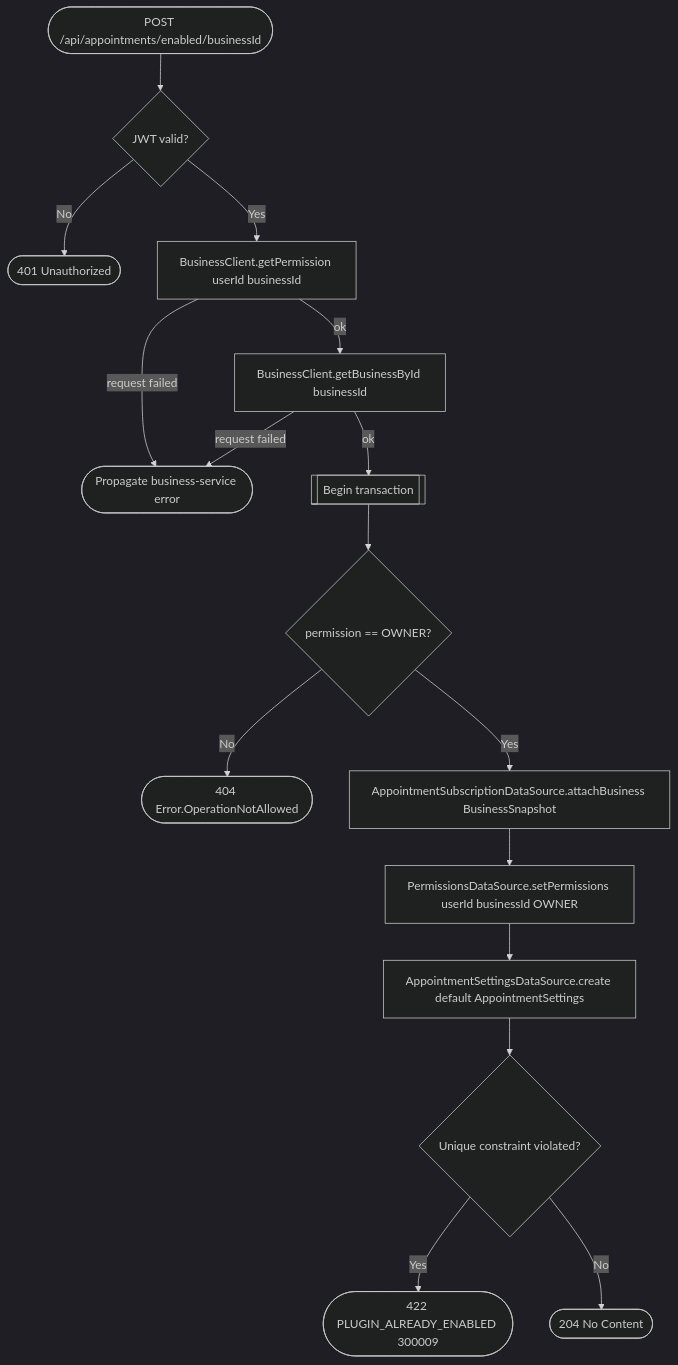
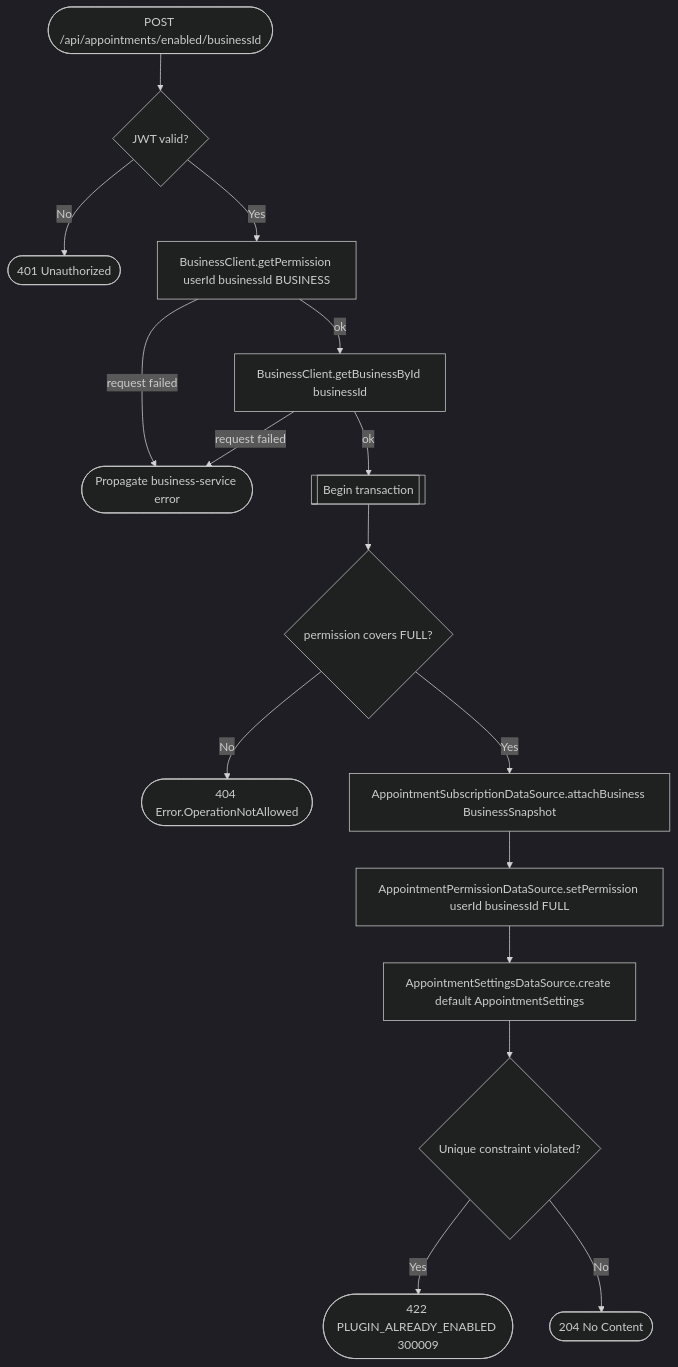
Before and after one commit to an22/bookk.me-backend: the diagram in docs/operations/appointments/enable-appointments-for-business.md, drawn with Mermaid (dark theme). The commit also changed other lines of this file and 157 other files, not shown here.

````diff
--- a/docs/operations/appointments/enable-appointments-for-business.md
+++ b/docs/operations/appointments/enable-appointments-for-business.md
@@ -12,18 +13,18 @@
 ```mermaid
 flowchart TD
     Start([POST /api/appointments/enabled/businessId]) --> Auth{JWT valid?}
     Auth -- No --> R401([401 Unauthorized])
-    Auth -- Yes --> GetPerm[BusinessClient.getPermission userId businessId]
+    Auth -- Yes --> GetPerm[BusinessClient.getPermission userId businessId BUSINESS]
     GetPerm -- request failed --> RErr([Propagate business-service error])
     GetPerm -- ok --> GetBiz[BusinessClient.getBusinessById businessId]
     GetBiz -- request failed --> RErr
     GetBiz -- ok --> Tx[[Begin transaction]]
-    Tx --> AssertOwner{permission == OWNER?}
+    Tx --> AssertOwner{permission covers FULL?}
     AssertOwner -- No --> R404([404 Error.OperationNotAllowed])
     AssertOwner -- Yes --> Attach[AppointmentSubscriptionDataSource.attachBusiness BusinessSnapshot]
-    Attach --> SetPerm[PermissionsDataSource.setPermissions userId businessId OWNER]
+    Attach --> SetPerm[AppointmentPermissionDataSource.setPermission userId businessId FULL]
     SetPerm --> CreateSettings[AppointmentSettingsDataSource.create default AppointmentSettings]
     CreateSettings --> Constraint{Unique constraint violated?}
     Constraint -- Yes --> R422([422 PLUGIN_ALREADY_ENABLED 300009])
     Constraint -- No --> R204([204 No Content])
 ```
````
